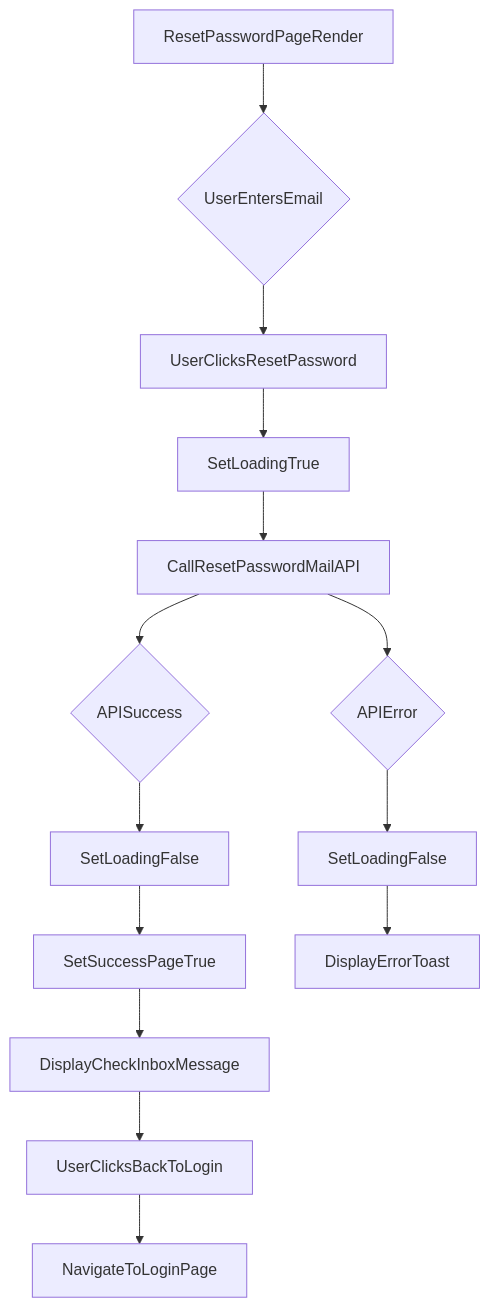
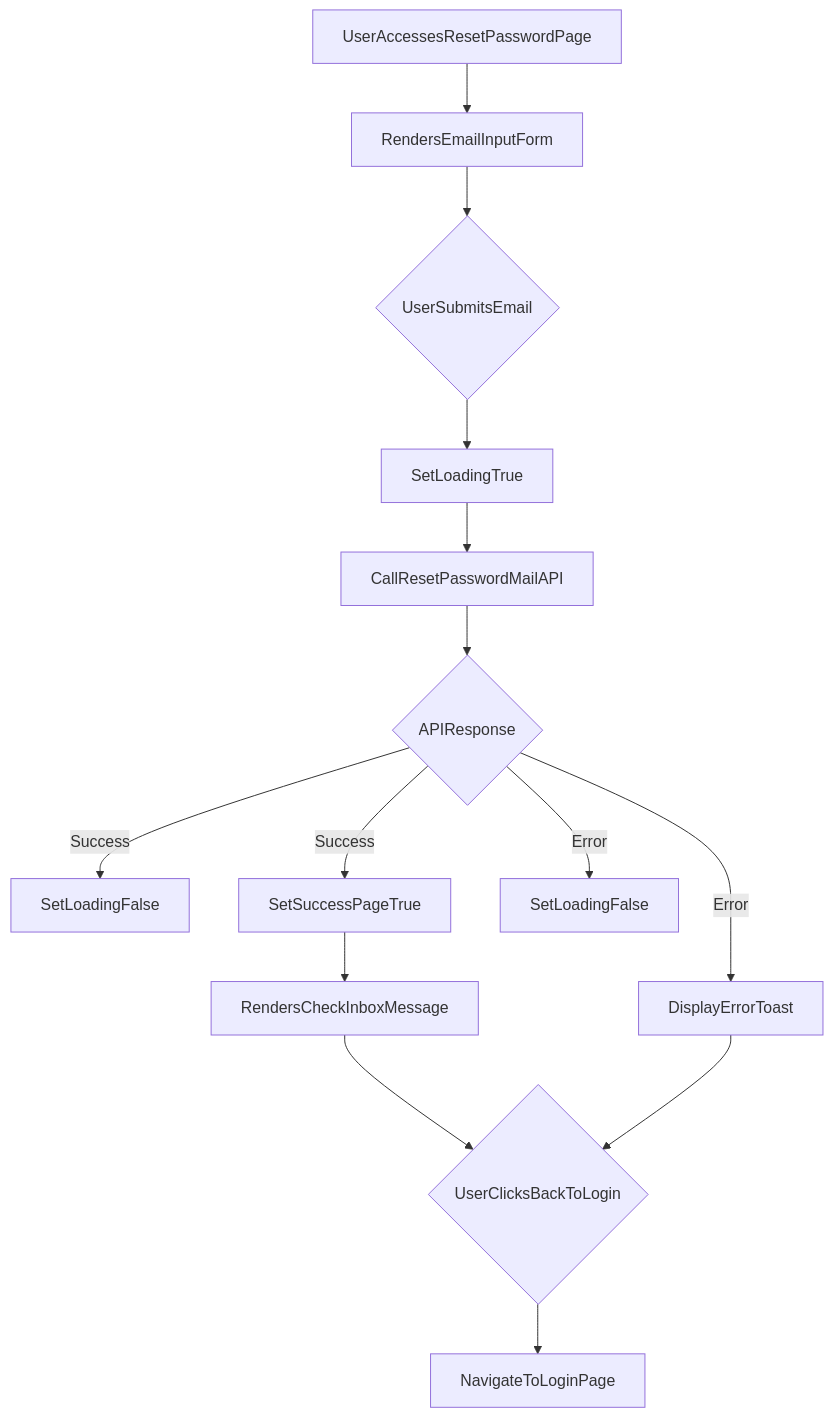
Before and after one commit to test-company-prowiz/maxify_frontend: the diagram in docs/src/Pages/ResetPassword.jsx.md, drawn with Mermaid. The commit also changed other lines of this file and 2 other files, not shown here.

````diff
--- a/docs/src/Pages/ResetPassword.jsx.md
+++ b/docs/src/Pages/ResetPassword.jsx.md
@@ -50,16 +55,16 @@
 ```mermaid
 graph TD
-A[ResetPasswordPageRender] --> B{UserEntersEmail};
-B --> C[UserClicksResetPassword];
-C --> D[SetLoadingTrue];
-D --> E[CallResetPasswordMailAPI];
-E --> F{APISuccess};
-F --> G[SetLoadingFalse];
-G --> H[SetSuccessPageTrue];
-H --> I[DisplayCheckInboxMessage];
-I --> J[UserClicksBackToLogin];
-J --> K[NavigateToLoginPage];
-E --> L{APIError};
-L --> M[SetLoadingFalse];
-M --> N[DisplayErrorToast];
+A[UserAccessesResetPasswordPage] --> B[RendersEmailInputForm]
+B --> C{UserSubmitsEmail}
+C --> D[SetLoadingTrue]
+D --> E[CallResetPasswordMailAPI]
+E --> F{APIResponse}
+F -- Success --> G[SetLoadingFalse]
+F -- Success --> H[SetSuccessPageTrue]
+F -- Error --> I[SetLoadingFalse]
+F -- Error --> J[DisplayErrorToast]
+H --> K[RendersCheckInboxMessage]
+K --> L{UserClicksBackToLogin}
+J --> L
+L --> M[NavigateToLoginPage]
 ```
````
